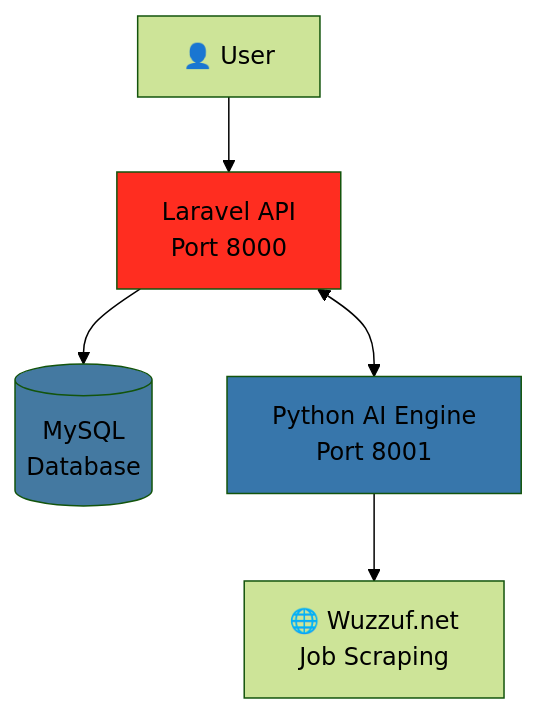
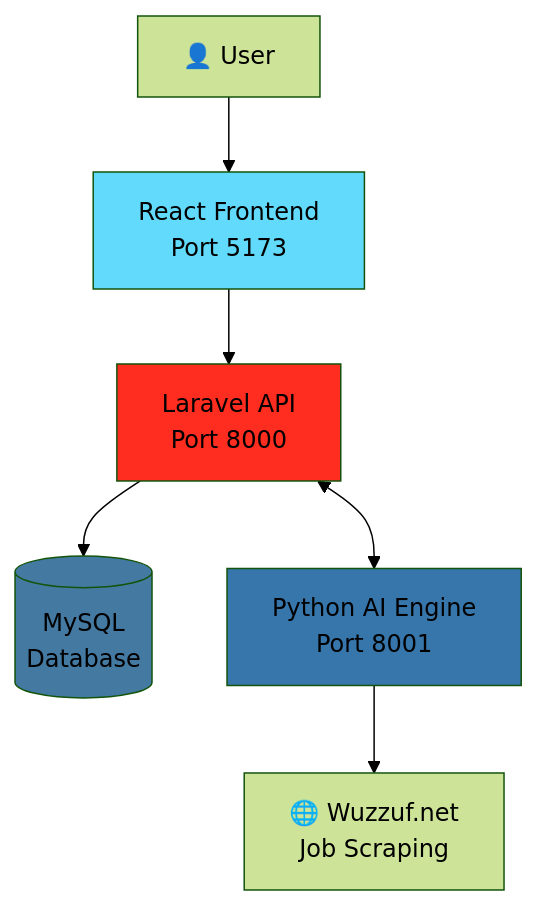
The first of 4 diagrams in README.md (YousefAlTohamy/Graduation-project), drawn with Mermaid (forest theme) before and after one commit. The commit also changed other lines of this file, not shown here.

Commit message:
feat: integrate and document React frontend, update project overview, architecture, installation, and running instructions.

````diff
--- a/README.md
+++ b/README.md
@@ -13,11 +13,13 @@
 ```mermaid
 graph TB
-    User[👤 User] --> Laravel[Laravel API<br/>Port 8000]
+    User[👤 User] --> Frontend[React Frontend<br/>Port 5173]
+    Frontend --> Laravel[Laravel API<br/>Port 8000]
     Laravel --> MySQL[(MySQL<br/>Database)]
     Laravel <--> AI[Python AI Engine<br/>Port 8001]
     AI --> Wuzzuf[🌐 Wuzzuf.net<br/>Job Scraping]
 
+    style Frontend fill:#61dafb
     style Laravel fill:#ff2d20
     style AI fill:#3776ab
     style MySQL fill:#4479a1
 ```
````
